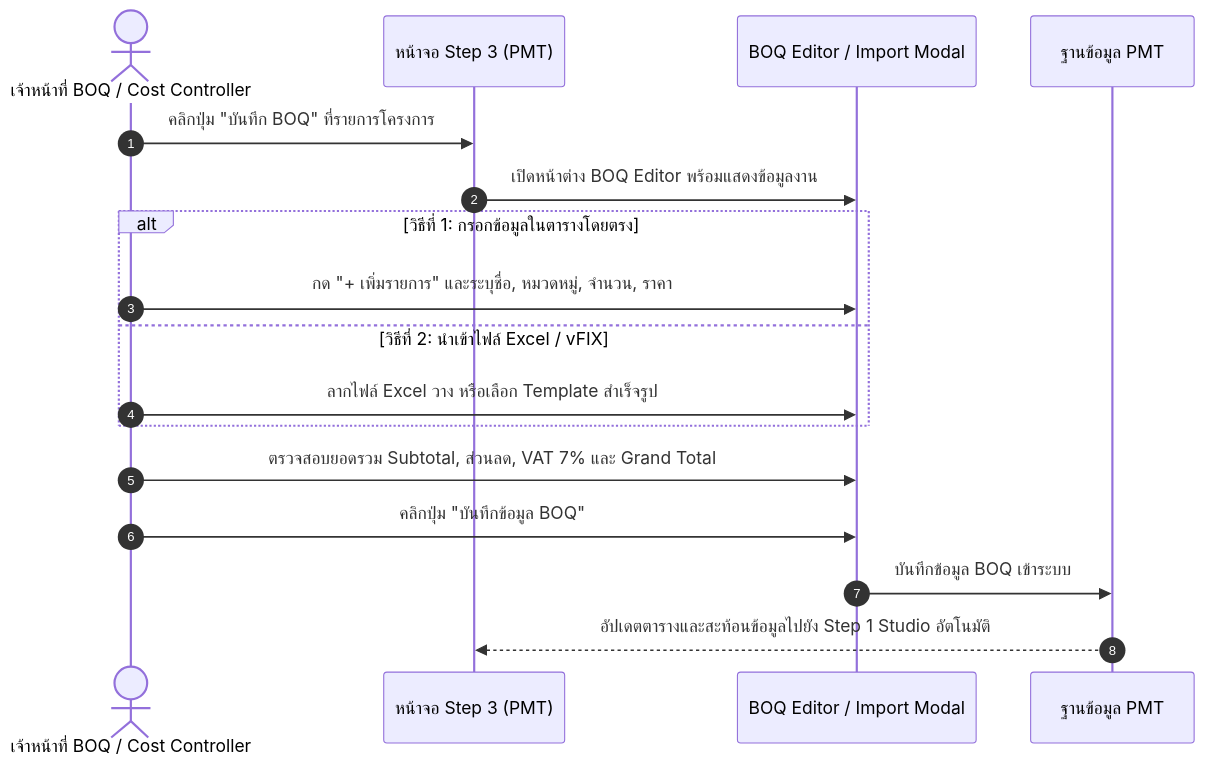
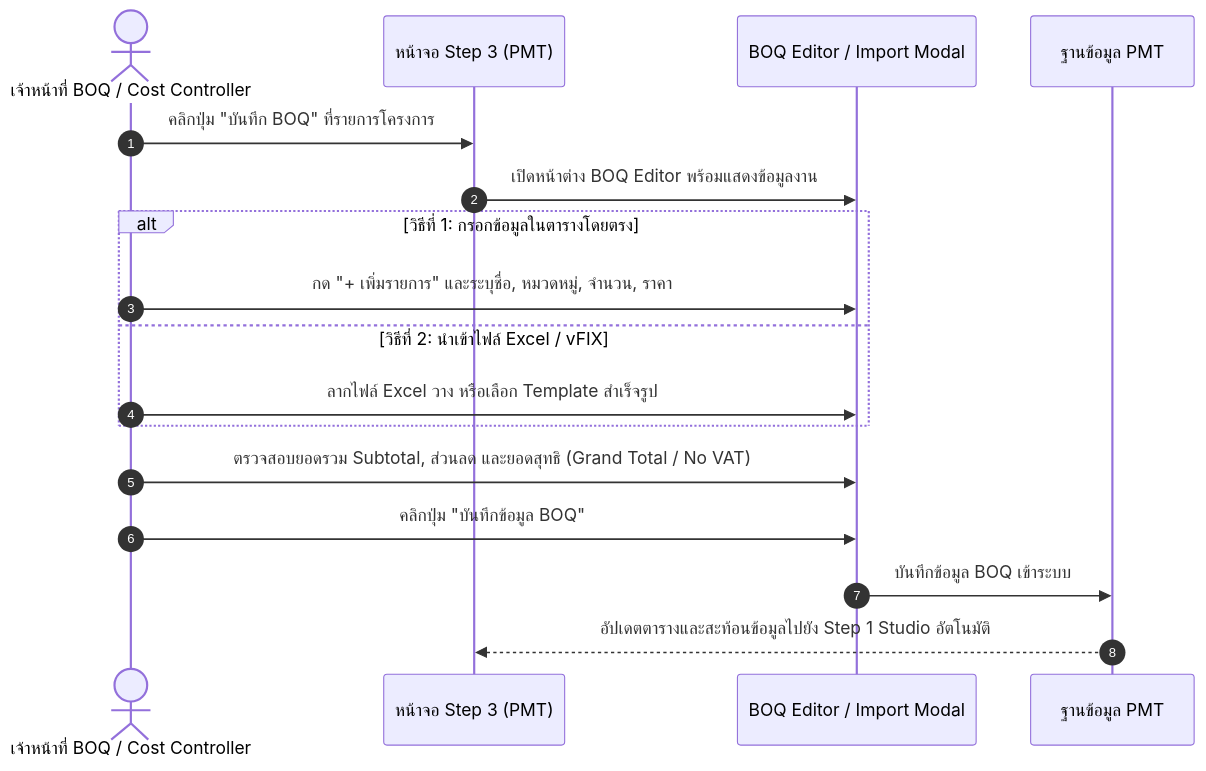
One commit to isarachootip/pmt_flow changed the second of 2 diagrams in doc/คู่มือการใช้งาน_Step3_นำBOQเข้าระบบ.md. Above: the diagram before and after it, drawn with Mermaid. The commit also changed other lines of this file and 9 other files, not shown here.

````diff
--- a/doc/คู่มือการใช้งาน_Step3_นำBOQเข้าระบบ.md
+++ b/doc/คู่มือการใช้งาน_Step3_นำBOQเข้าระบบ.md
@@ -105,20 +105,20 @@
 ```mermaid
 sequenceDiagram
     autonumber
     actor User as เจ้าหน้าที่ BOQ / Cost Controller
     participant UI as หน้าจอ Step 3 (PMT)
     participant Modal as BOQ Editor / Import Modal
     participant DB as ฐานข้อมูล PMT
 
     User->>UI: คลิกปุ่ม "บันทึก BOQ" ที่รายการโครงการ
     UI->>Modal: เปิดหน้าต่าง BOQ Editor พร้อมแสดงข้อมูลงาน
     alt วิธีที่ 1: กรอกข้อมูลในตารางโดยตรง
         User->>Modal: กด "+ เพิ่มรายการ" และระบุชื่อ, หมวดหมู่, จำนวน, ราคา
     else วิธีที่ 2: นำเข้าไฟล์ Excel / vFIX
         User->>Modal: ลากไฟล์ Excel วาง หรือเลือก Template สำเร็จรูป
     end
-    User->>Modal: ตรวจสอบยอดรวม Subtotal, ส่วนลด, VAT 7% และ Grand Total
+    User->>Modal: ตรวจสอบยอดรวม Subtotal, ส่วนลด และยอดสุทธิ (Grand Total / No VAT)
     User->>Modal: คลิกปุ่ม "บันทึกข้อมูล BOQ"
     Modal->>DB: บันทึกข้อมูล BOQ เข้าระบบ
     DB-->>UI: อัปเดตตารางและสะท้อนข้อมูลไปยัง Step 1 Studio อัตโนมัติ
 ```
````
